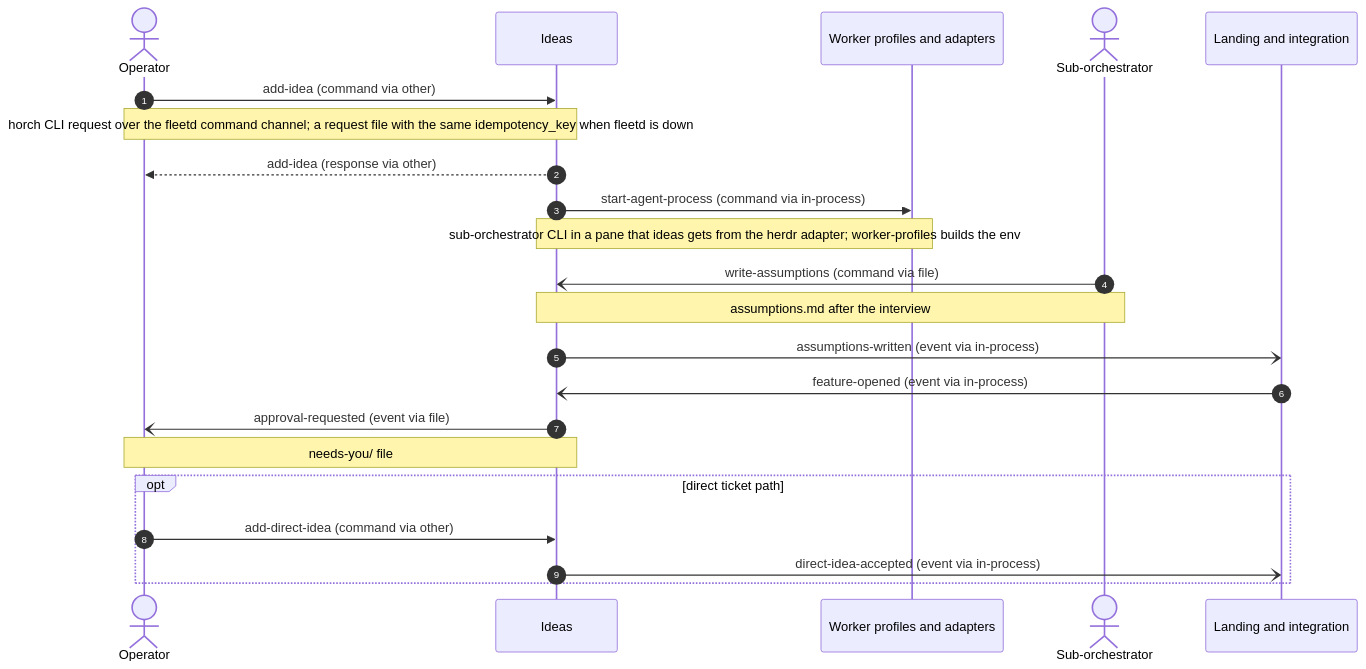
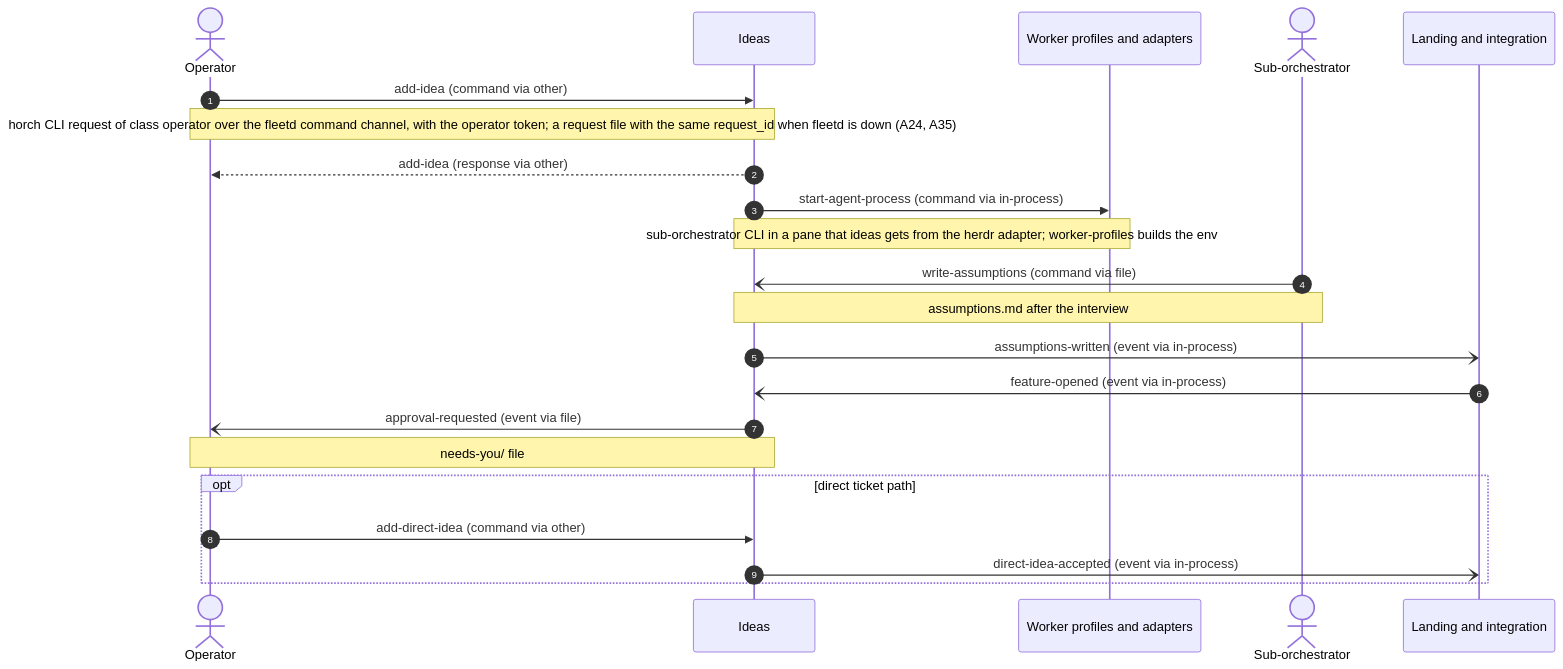
The first of 14 diagrams in ddd/05-connect/message-flows.md (MattMakes/multi-herdr), drawn with Mermaid before and after one commit. The commit also changed other lines of this file and 19 other files, not shown here.

````diff
--- a/ddd/05-connect/message-flows.md
+++ b/ddd/05-connect/message-flows.md
@@ -40,24 +40,24 @@
 ```mermaid
 sequenceDiagram
   autonumber
   actor operator as Operator
   participant ideas as Ideas
   participant worker_profiles as Worker profiles and adapters
   actor sub_orchestrator as Sub-orchestrator
   participant integration as Landing and integration
   operator->>ideas: add-idea (command via other)
-  Note over operator,ideas: horch CLI request over the fleetd command channel#59; a request file with the same idempotency_key when fleetd is down
+  Note over operator,ideas: horch CLI request of class operator over the fleetd command channel, with the operator token#59; a request file with the same request_id when fleetd is down (A24, A35)
   ideas-->>operator: add-idea (response via other)
   ideas->>worker_profiles: start-agent-process (command via in-process)
   Note over ideas,worker_profiles: sub-orchestrator CLI in a pane that ideas gets from the herdr adapter#59; worker-profiles builds the env
   sub_orchestrator-)ideas: write-assumptions (command via file)
   Note over sub_orchestrator,ideas: assumptions.md after the interview
   ideas-)integration: assumptions-written (event via in-process)
   integration-)ideas: feature-opened (event via in-process)
   ideas-)operator: approval-requested (event via file)
   Note over ideas,operator: needs-you/ file
   opt direct ticket path
     operator->>ideas: add-direct-idea (command via other)
     ideas-)integration: direct-idea-accepted (event via in-process)
   end
 ```
````
